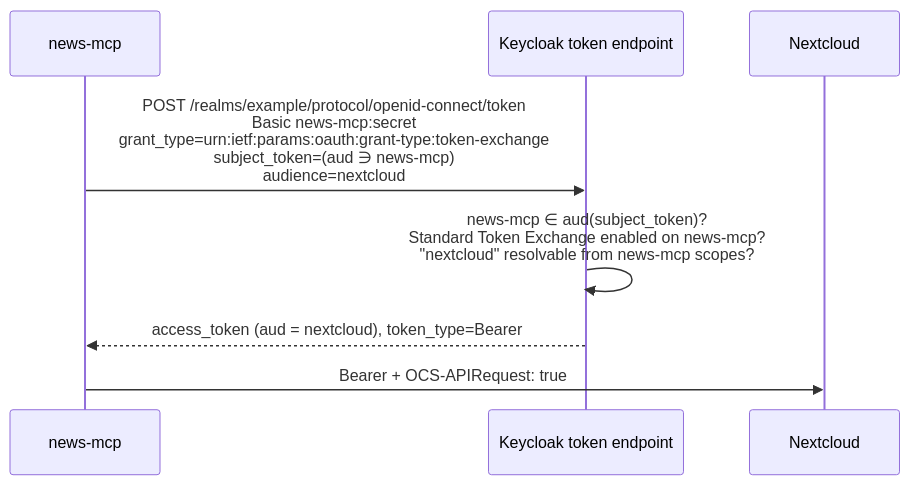
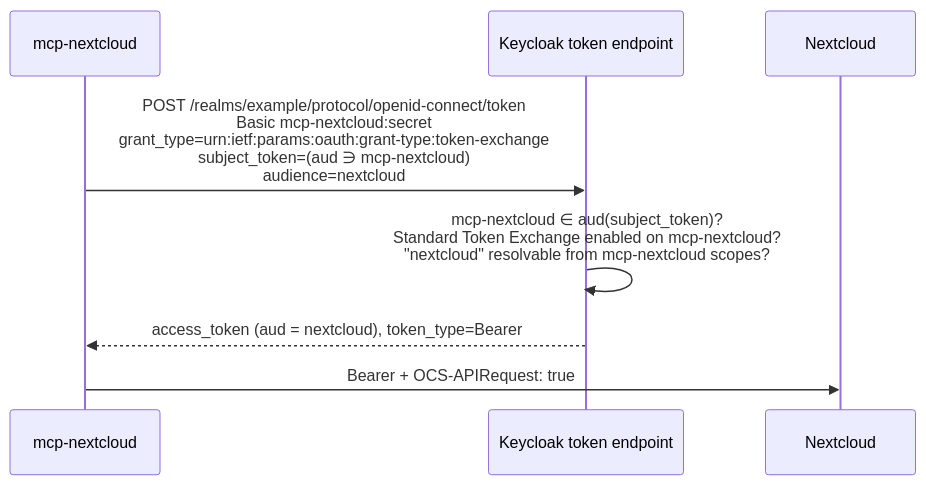
One commit to mrdev023/mcp-nextcloud changed the second of 2 diagrams in docs/keycloak.md. Above: the diagram before and after it, drawn with Mermaid. The commit also changed other lines of this file and 7 other files, not shown here.

First line of the commit message:
docs: Rename the project to mcp-nextcloud

````diff
--- a/docs/keycloak.md
+++ b/docs/keycloak.md
@@ -38,11 +38,11 @@
 ```mermaid
 sequenceDiagram
-    participant M as news-mcp
+    participant M as mcp-nextcloud
     participant K as Keycloak token endpoint
     participant N as Nextcloud
 
-    M->>K: POST /realms/example/protocol/openid-connect/token<br/>Basic news-mcp:secret<br/>grant_type=urn:ietf:params:oauth:grant-type:token-exchange<br/>subject_token=(aud ∋ news-mcp)<br/>audience=nextcloud
-    K->>K: news-mcp ∈ aud(subject_token)?<br/>Standard Token Exchange enabled on news-mcp?<br/>"nextcloud" resolvable from news-mcp scopes?
+    M->>K: POST /realms/example/protocol/openid-connect/token<br/>Basic mcp-nextcloud:secret<br/>grant_type=urn:ietf:params:oauth:grant-type:token-exchange<br/>subject_token=(aud ∋ mcp-nextcloud)<br/>audience=nextcloud
+    K->>K: mcp-nextcloud ∈ aud(subject_token)?<br/>Standard Token Exchange enabled on mcp-nextcloud?<br/>"nextcloud" resolvable from mcp-nextcloud scopes?
     K-->>M: access_token (aud = nextcloud), token_type=Bearer
     M->>N: Bearer + OCS-APIRequest: true
 ```
````
